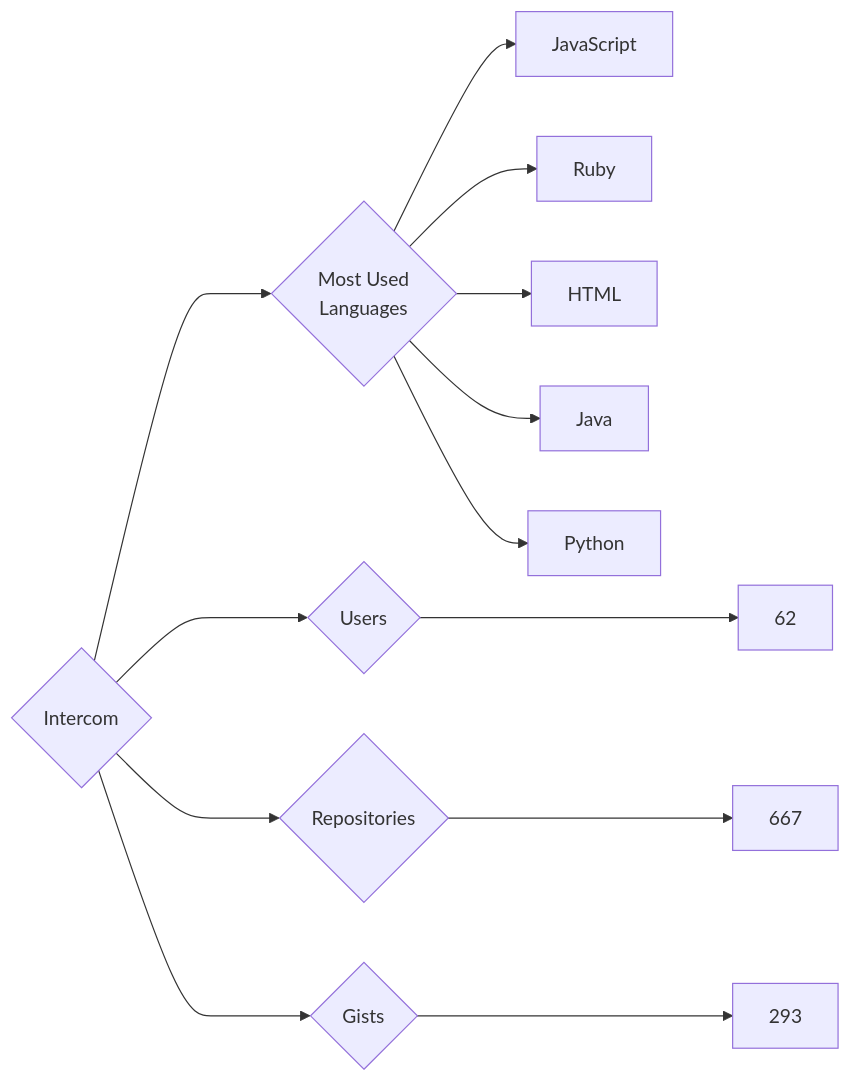
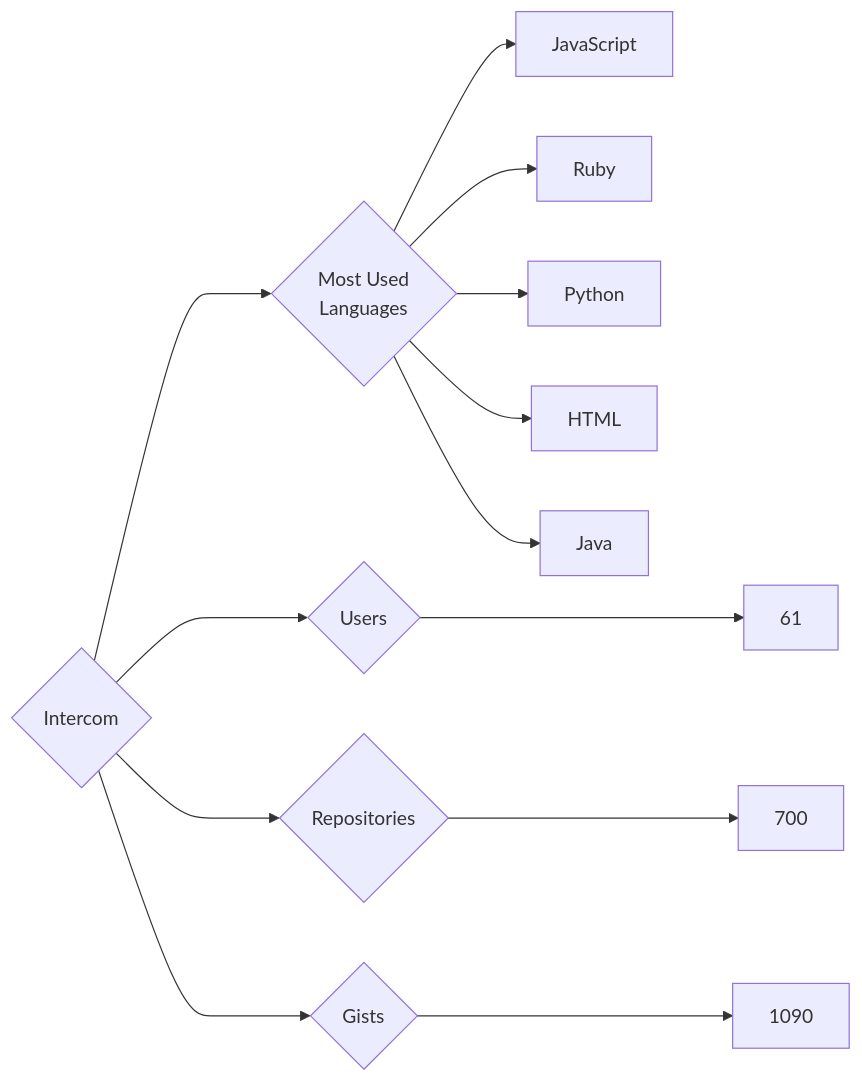
Before and after one commit to trickest/insiders: the diagram in targets/Intercom/README.md, drawn with Mermaid. The commit also changed 873 other files, not shown here.

````diff
--- a/targets/Intercom/README.md
+++ b/targets/Intercom/README.md
@@ -3,13 +3,13 @@
 ```mermaid
 graph LR
 COMPANY_NAME{Intercom}
-COMPANY_NAME ---> U{Users} ---> UN[62]
-COMPANY_NAME ---> R{Repositories} ---> RN[667]
-COMPANY_NAME ---> G{Gists} ---> GN[293]
+COMPANY_NAME ---> U{Users} ---> UN[61]
+COMPANY_NAME ---> R{Repositories} ---> RN[700]
+COMPANY_NAME ---> G{Gists} ---> GN[1090]
 COMPANY_NAME ---> ML{Most Used<br>Languages}
 ML --> JavaScript[JavaScript]
 ML --> Ruby[Ruby]
+ML --> Python[Python]
 ML --> HTML[HTML]
 ML --> Java[Java]
-ML --> Python[Python]
 ```
````
